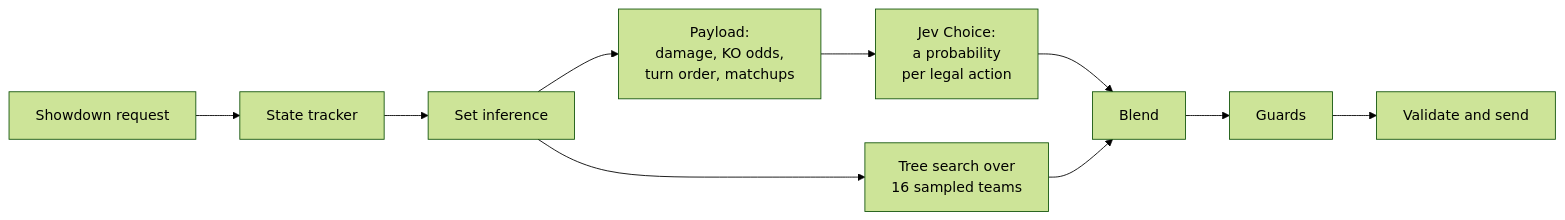
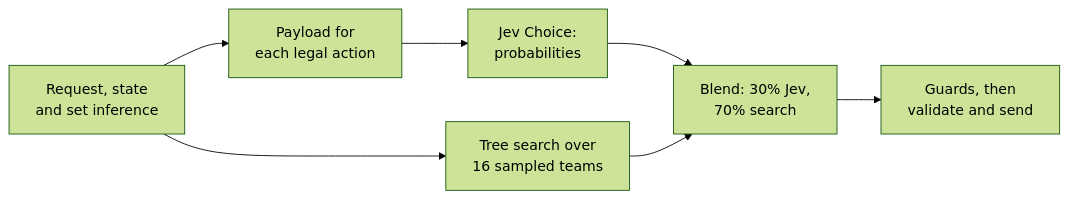
The diagram in README.md (YutaOkkotsu712/JevMon), drawn with Mermaid (forest theme) before and after one commit.

Commit message:
README: a five-step diagram that stays legible at README width

````diff
--- a/README.md
+++ b/README.md
@@ -23,12 +23,9 @@
 ```mermaid
 flowchart LR
-  R[Showdown request] --> S[State tracker]
-  S --> I[Set inference]
-  I --> P[Payload:<br/>damage, KO odds,<br/>turn order, matchups]
-  P --> J[Jev Choice:<br/>a probability<br/>per legal action]
-  I --> M[Tree search over<br/>16 sampled teams]
-  J --> B[Blend]
+  S["Request, state<br/>and set inference"] --> P["Payload for<br/>each legal action"]
+  P --> J["Jev Choice:<br/>probabilities"]
+  S --> M["Tree search over<br/>16 sampled teams"]
+  J --> B["Blend: 30% Jev,<br/>70% search"]
   M --> B
-  B --> G[Guards]
-  G --> V[Validate and send]
+  B --> G["Guards, then<br/>validate and send"]
 ```
````
